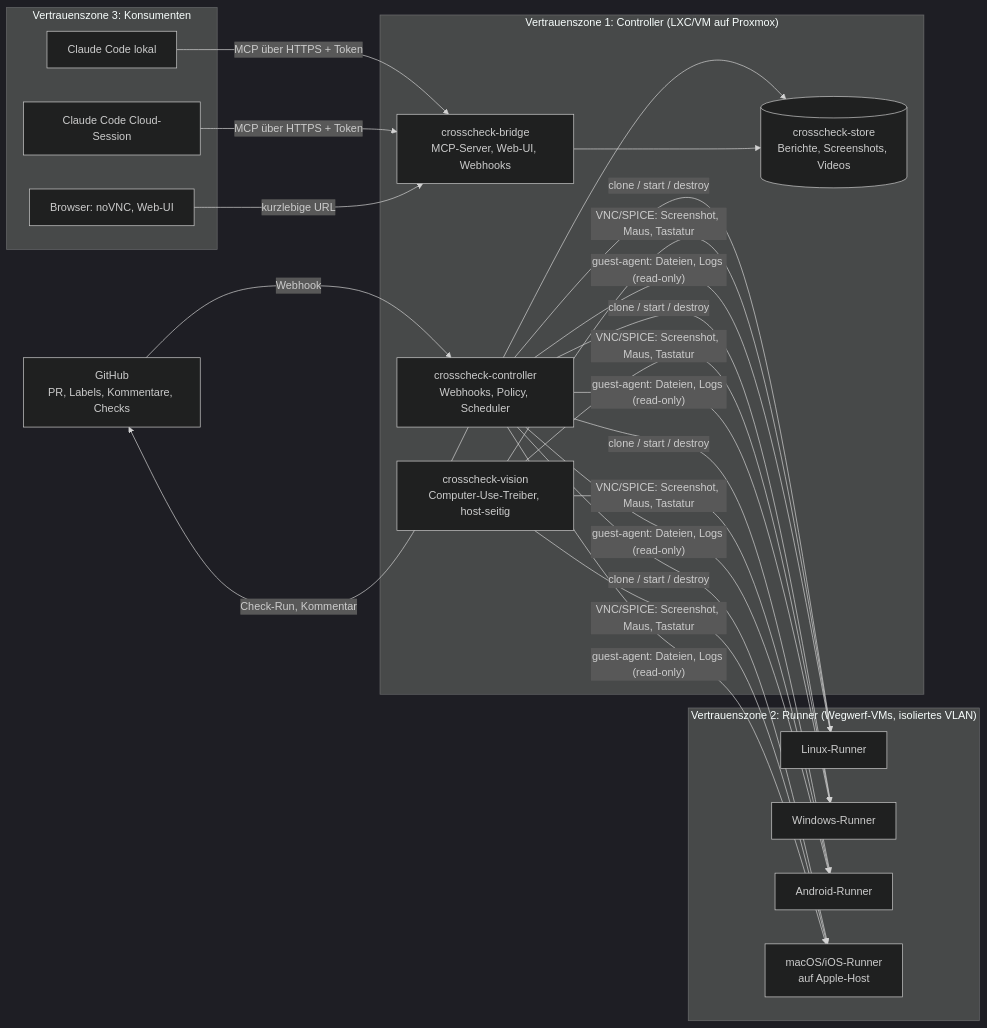
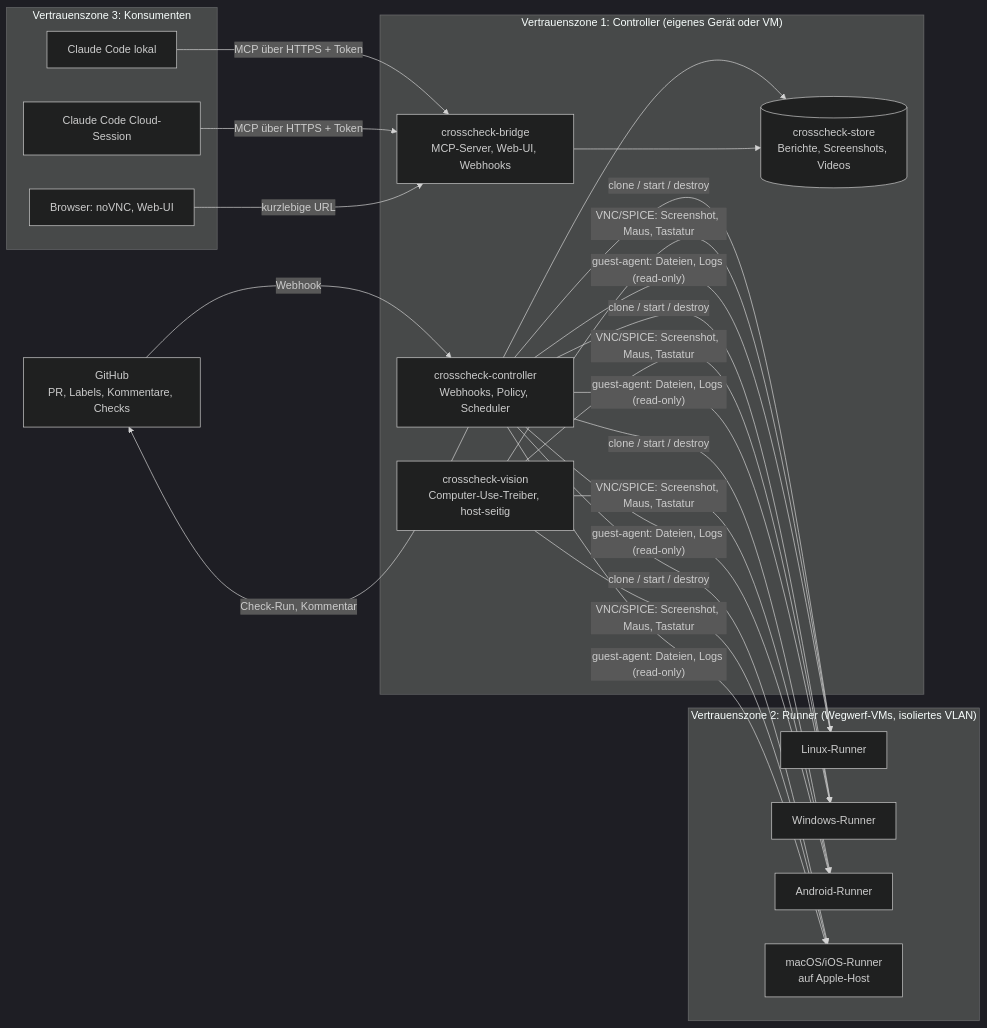
Before and after one commit to ProfessorEngineergit/Crosscheck: the diagram in docs/02-architektur.md, drawn with Mermaid (dark theme). The commit also changed other lines of this file and 18 other files, not shown here.

````diff
--- a/docs/02-architektur.md
+++ b/docs/02-architektur.md
@@ -5,30 +5,30 @@
 ```mermaid
 flowchart LR
     GH[GitHub<br/>PR, Labels, Kommentare, Checks]
-    subgraph Trusted["Vertrauenszone 1: Controller (LXC/VM auf Proxmox)"]
+    subgraph Trusted["Vertrauenszone 1: Controller (eigenes Gerät oder VM)"]
         CTRL[crosscheck-controller<br/>Webhooks, Policy, Scheduler]
         STORE[(crosscheck-store<br/>Berichte, Screenshots, Videos)]
         BRIDGE[crosscheck-bridge<br/>MCP-Server, Web-UI, Webhooks]
         VISION[crosscheck-vision<br/>Computer-Use-Treiber, host-seitig]
     end
     subgraph Untrusted["Vertrauenszone 2: Runner (Wegwerf-VMs, isoliertes VLAN)"]
         RL[Linux-Runner]
         RW[Windows-Runner]
         RA[Android-Runner]
         RM[macOS/iOS-Runner<br/>auf Apple-Host]
     end
     subgraph Consumers["Vertrauenszone 3: Konsumenten"]
         CLI[Claude Code lokal]
         CLOUD[Claude Code Cloud-Session]
         WEB[Browser: noVNC, Web-UI]
     end
     GH -- Webhook --> CTRL
     CTRL -- Check-Run, Kommentar --> GH
     CTRL -- clone / start / destroy --> RL & RW & RA & RM
     VISION -- VNC/SPICE: Screenshot, Maus, Tastatur --> RL & RW & RA & RM
     CTRL -- guest-agent: Dateien, Logs (read-only) --> RL & RW & RA & RM
     CTRL --> STORE
     BRIDGE --> STORE
     CLI & CLOUD -- MCP über HTTPS + Token --> BRIDGE
     WEB -- kurzlebige URL --> BRIDGE
 ```
````
